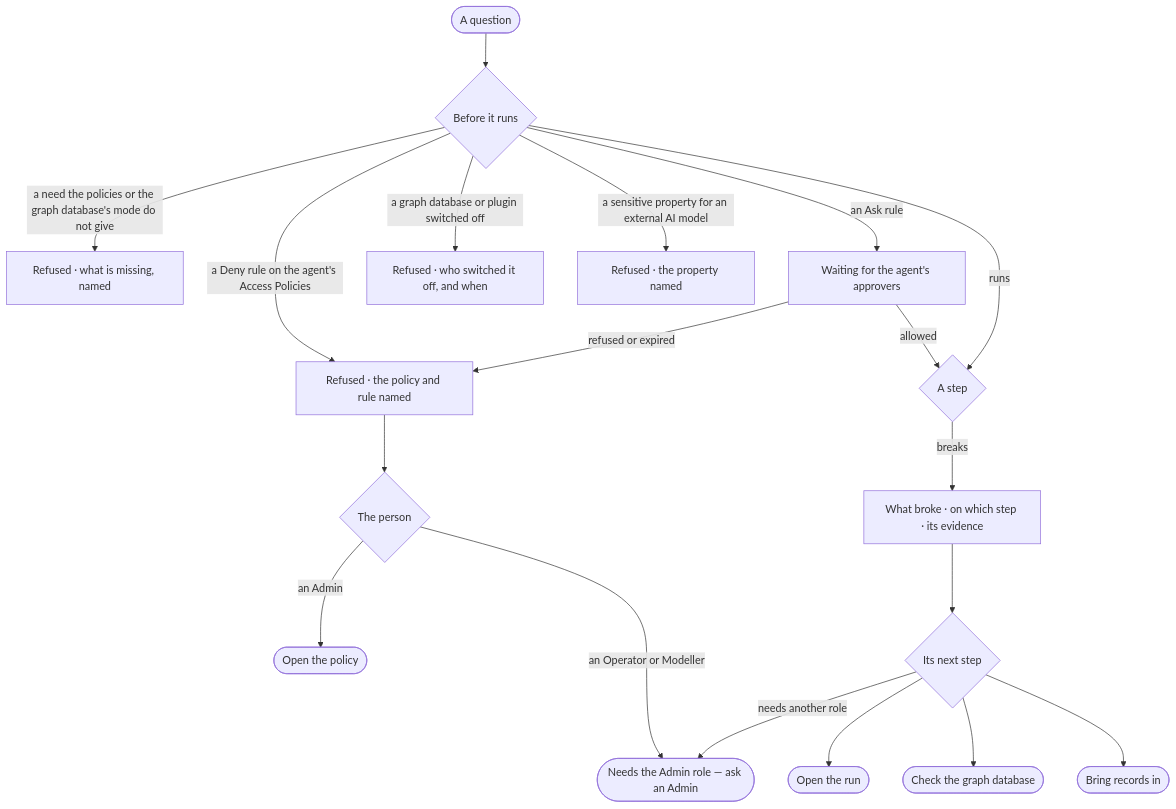
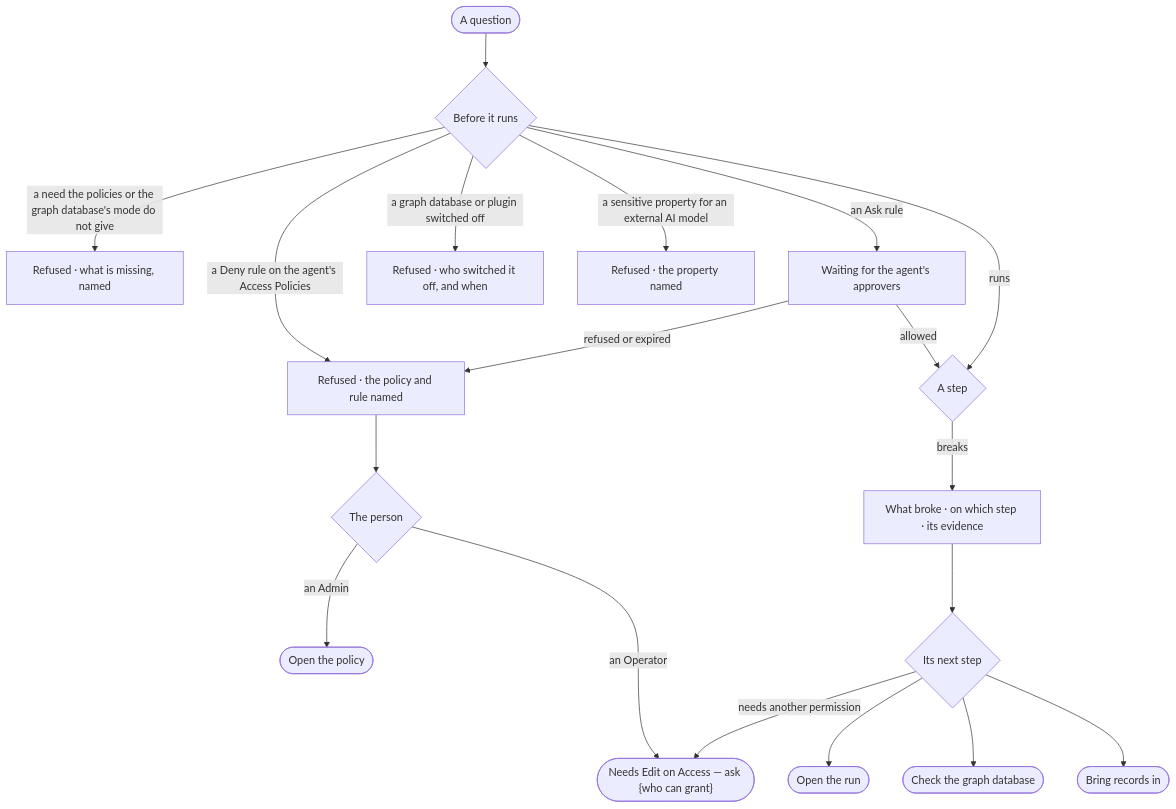
Before and after one commit to invana/invana: the diagram in specs/capabilities/explore/features/EX-F05-when-it-cannot-answer-and-how-it-reasons/stories/EX-06-a-refusal-or-a-failure-that-says-why/story.md, drawn with Mermaid. The commit also changed other lines of this file and 456 other files, not shown here.

````diff
--- a/specs/capabilities/explore/features/EX-F05-when-it-cannot-answer-and-how-it-reasons/stories/EX-06-a-refusal-or-a-failure-that-says-why/story.md
+++ b/specs/capabilities/explore/features/EX-F05-when-it-cannot-answer-and-how-it-reasons/stories/EX-06-a-refusal-or-a-failure-that-says-why/story.md
@@ -27,21 +28,21 @@
 ```mermaid
 flowchart TD
   a([A question]) --> b{Before it runs}
   b -->|a Deny rule on the agent's Access Policies| r["Refused · the policy and rule named"]
   b -->|a need the policies or the graph database's mode do not give| w["Refused · what is missing, named"]
   b -->|an Ask rule| ask["Waiting for the agent's approvers"]
   ask -->|allowed| s
   ask -->|refused or expired| r
   b -->|a graph database or plugin switched off| off["Refused · who switched it off, and when"]
   b -->|a sensitive property for an external AI model| sen["Refused · the property named"]
   r --> o{The person}
   o -->|an Admin| cr(["Open the policy"])
-  o -->|an Operator or Modeller| ao(["Needs the Admin role — ask an Admin"])
+  o -->|an Operator| ao(["Needs Edit on Access — ask {who can grant}"])
   b -->|runs| s{A step}
   s -->|breaks| d["What broke · on which step · its evidence"]
   d --> n{"Its next step"}
   n --> t(["Open the run"])
   n --> c(["Check the graph database"])
   n --> l(["Bring records in"])
-  n -->|needs another role| ao
+  n -->|needs another permission| ao
 ```
````
